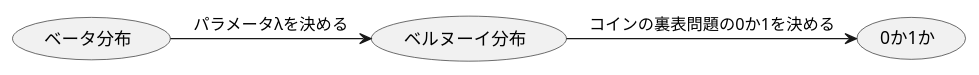
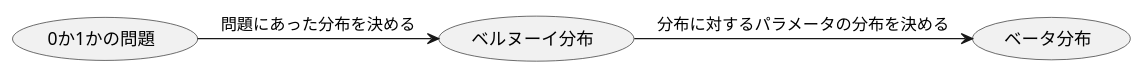
One commit to kitfactory/paper changed the first of 9 diagrams in bayse.md. Above: the diagram before and after it, drawn with PlantUML. The commit also changed other lines of this file and 1 other file, not shown here.

````diff
--- a/bayse.md
+++ b/bayse.md
@@ -190,6 +160,6 @@
 ```plantuml
 @startuml
-(ベータ分布)->(ベルヌーイ分布): パラメータλを決める
-(ベルヌーイ分布)->(0か1か): コインの裏表問題の0か1を決める
+(0か1かの問題)->(ベルヌーイ分布): 問題にあった分布を決める
+(ベルヌーイ分布)->(ベータ分布): 分布に対するパラメータの分布を決める
 @enduml
 ```
````
